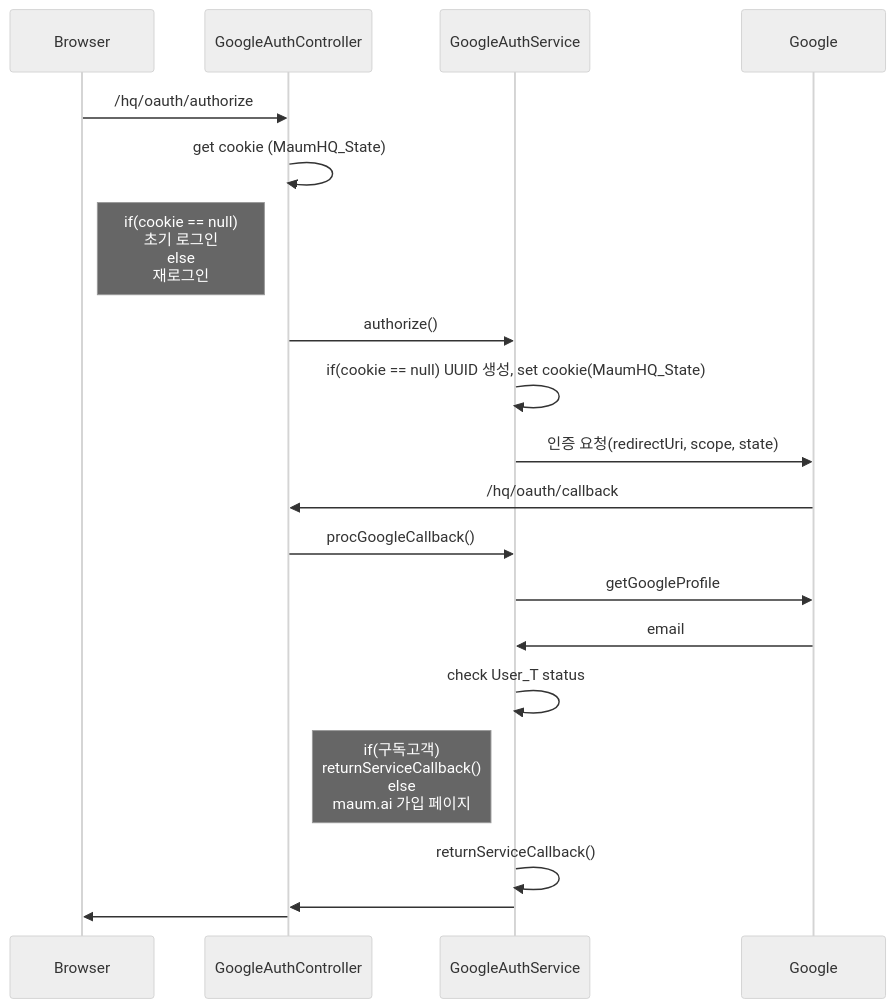
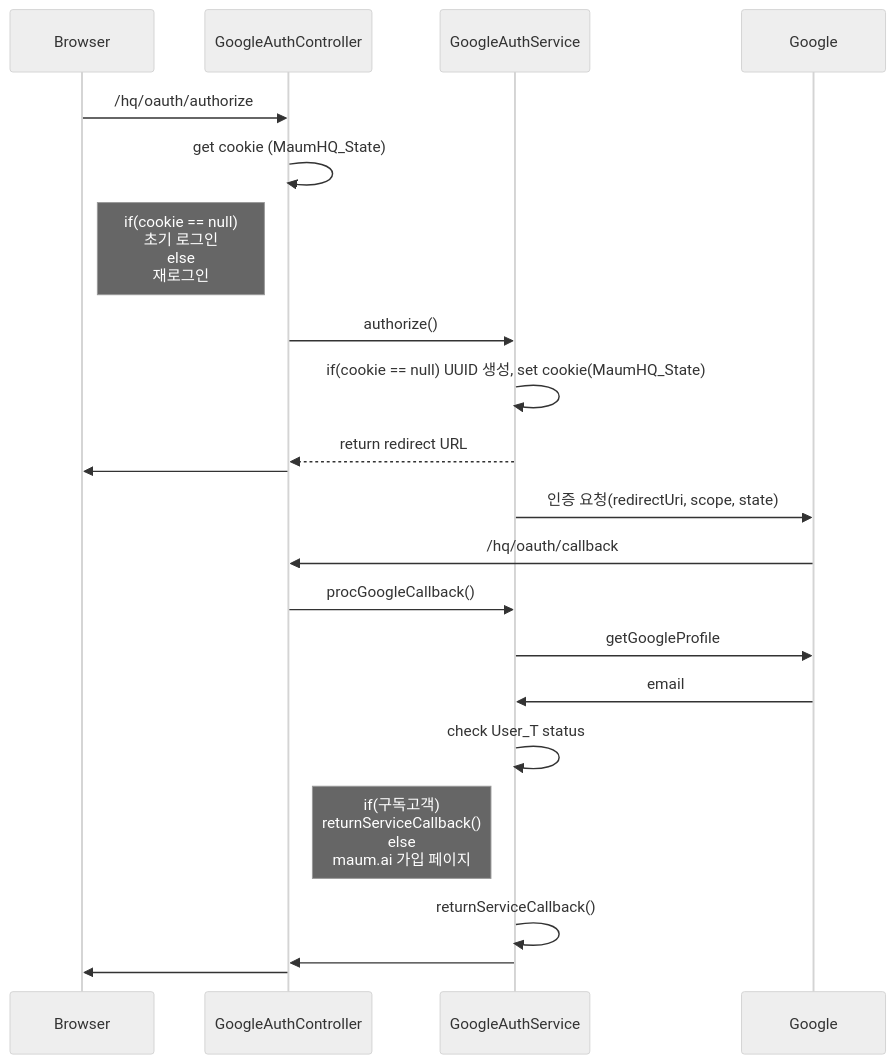
Before and after one commit to Ye-Jun/SSO: the first of 2 diagrams in Architecture.md, drawn with Mermaid (neutral theme). The commit also changed other lines of this file, not shown here.

Commit message:
Architecture.md updated from https://stackedit.io/

````diff
--- a/Architecture.md
+++ b/Architecture.md
@@ -3,20 +3,21 @@
 ```mermaid
 sequenceDiagram
 Browser ->> GoogleAuthController : /hq/oauth/authorize
 GoogleAuthController ->> GoogleAuthController : get cookie (MaumHQ_State)
 Note left of GoogleAuthController: if(cookie == null)<br/>초기 로그인<br/> else<br/>재로그인
 GoogleAuthController ->> GoogleAuthService : authorize()
 GoogleAuthService ->> GoogleAuthService : if(cookie == null) UUID 생성, set cookie(MaumHQ_State)
+GoogleAuthService -->> GoogleAuthController : return redirect URL
+GoogleAuthController ->> Browser : 
 GoogleAuthService ->> Google : 인증 요청(redirectUri, scope, state)
-
 Google ->> GoogleAuthController : /hq/oauth/callback
 GoogleAuthController ->> GoogleAuthService : procGoogleCallback()
 GoogleAuthService ->> Google : getGoogleProfile
 Google ->> GoogleAuthService : email
 GoogleAuthService ->> GoogleAuthService : check User_T status
 Note left of GoogleAuthService : if(구독고객)<br/>returnServiceCallback()<br/>else<br/>maum.ai 가입 페이지
 GoogleAuthService ->> GoogleAuthService : returnServiceCallback()
 GoogleAuthService ->> GoogleAuthController : 
 GoogleAuthController ->> Browser : 
 
 ```
````
